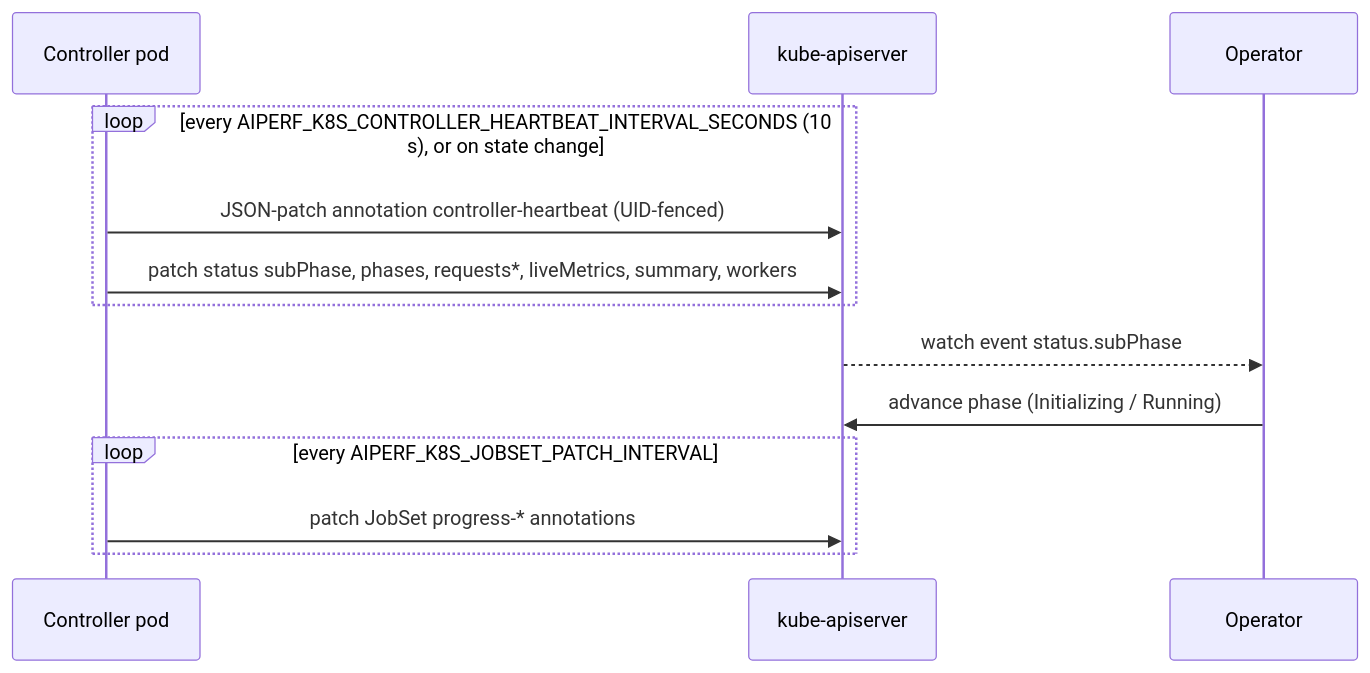
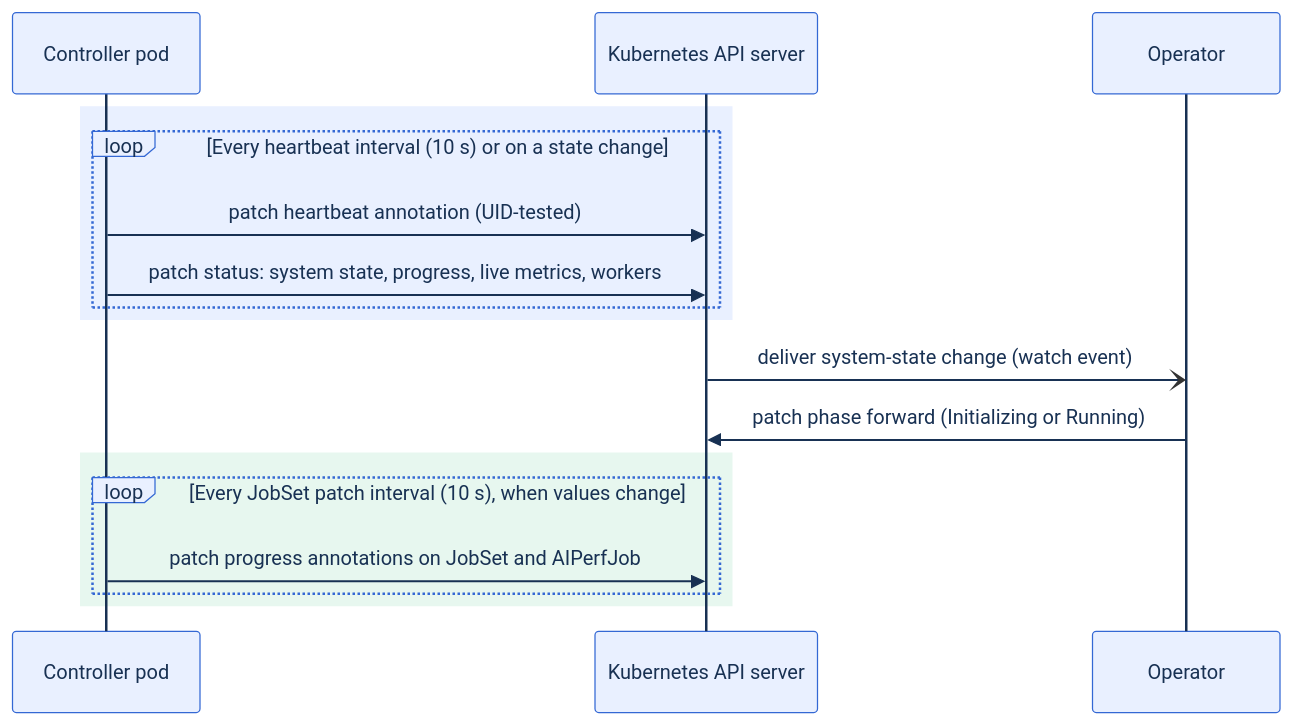
The fifth of 8 diagrams in docs/kubernetes/operator.md (ai-dynamo/aiperf), drawn with Mermaid before and after one commit. The commit also changed other lines of this file, not shown here.

First line of the commit message:
docs(kubernetes): restyle operator diagrams with house diagram rules

````diff
--- a/docs/kubernetes/operator.md
+++ b/docs/kubernetes/operator.md
@@ -415,15 +505,45 @@
 ```mermaid
+---
+config:
+  theme: base
+  look: classic
+  themeVariables:
+    lineColor: '#183153'
+    nodeTextColor: '#183153'
+    edgeLabelBackground: '#FFFFFF'
+    clusterBkg: '#FFFFFF'
+    titleColor: '#183153'
+    actorBkg: '#E9F0FF'
+    actorBorder: '#3468D4'
+    actorTextColor: '#183153'
+    actorLineColor: '#183153'
+    signalColor: '#183153'
+    signalTextColor: '#183153'
+    labelBoxBkgColor: '#E9F0FF'
+    labelBoxBorderColor: '#3468D4'
+    labelTextColor: '#183153'
+    loopTextColor: '#183153'
+    noteBkgColor: '#FFF1DC'
+    noteBorderColor: '#CC7000'
+    noteTextColor: '#183153'
+---
 sequenceDiagram
-    participant C as Controller pod
-    participant K as kube-apiserver
-    participant O as Operator
-    loop every AIPERF_K8S_CONTROLLER_HEARTBEAT_INTERVAL_SECONDS (10 s), or on state change
-        C->>K: JSON-patch annotation controller-heartbeat (UID-fenced)
-        C->>K: patch status subPhase, phases, requests*, liveMetrics, summary, workers
-    end
-    K-->>O: watch event status.subPhase
-    O->>K: advance phase (Initializing / Running)
-    loop every AIPERF_K8S_JOBSET_PATCH_INTERVAL
-        C->>K: patch JobSet progress-* annotations
-    end
+  accTitle: Sequence diagram for benchmark progress reporting
+  accDescr: The controller pushes progress onto the AIPerfJob, and the operator reacts to watch events instead of polling the controller.
+  participant C as Controller pod
+  participant K as Kubernetes API server
+  participant O as Operator
+  rect rgb(233, 240, 255)
+  loop Every heartbeat interval (10 s) or on a state change
+    C->>K: patch heartbeat annotation (UID-tested)
+    C->>K: patch status: system state, progress, live metrics, workers
+  end
+  end
+  K-)O: deliver system-state change (watch event)
+  O->>K: patch phase forward (Initializing or Running)
+  rect rgb(231, 247, 239)
+  loop Every JobSet patch interval (10 s), when values change
+    C->>K: patch progress annotations on JobSet and AIPerfJob
+  end
+  end
 ```
````
